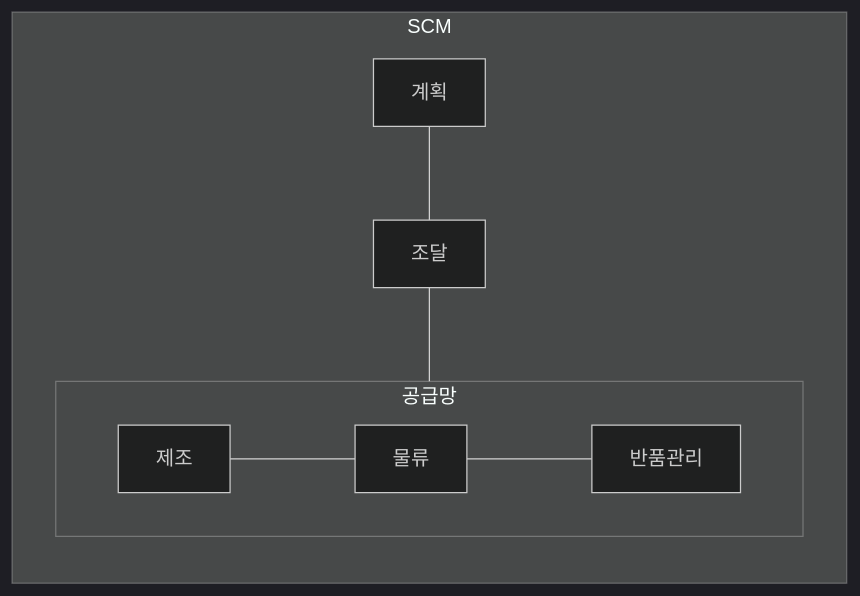
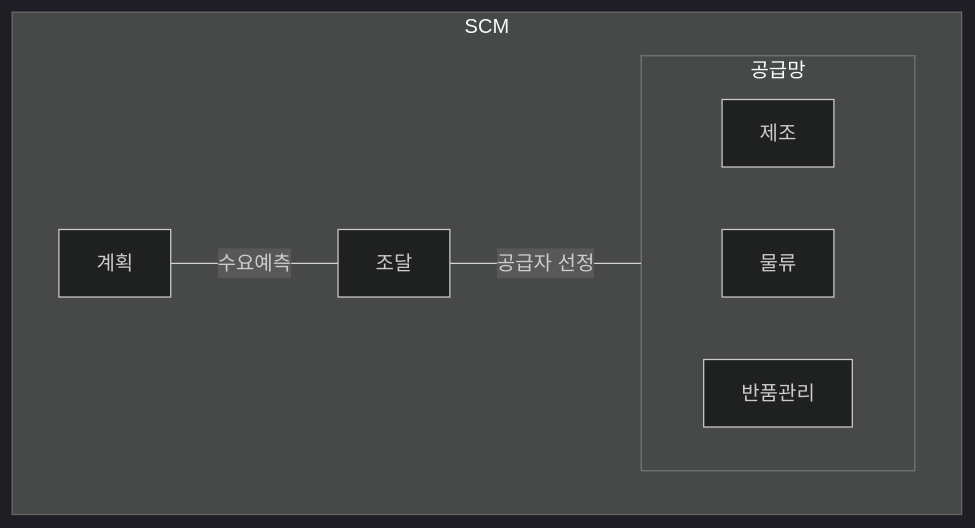
One commit to gracefullight/gracefullight.github.io changed the diagram in blog/pe/mng/scm.md. Above: the diagram before and after it, drawn with Mermaid (dark theme). The commit also changed other lines of this file, not shown here.

````diff
--- a/blog/pe/mng/scm.md
+++ b/blog/pe/mng/scm.md
@@ -20,12 +20,14 @@
 ```mermaid
 graph LR
   subgraph SCM
-    계획
-    계획 --- 조달
+    direction LR
+    계획 ---|수요예측| 조달 ---|공급자 선정| 공급망
 
-    조달 --- 공급망
     subgraph 공급망
-      제조 --- 물류 --- 반품관리
+      direction LR
+      제조
+      물류
+      반품관리
     end
   end
 ```
````
